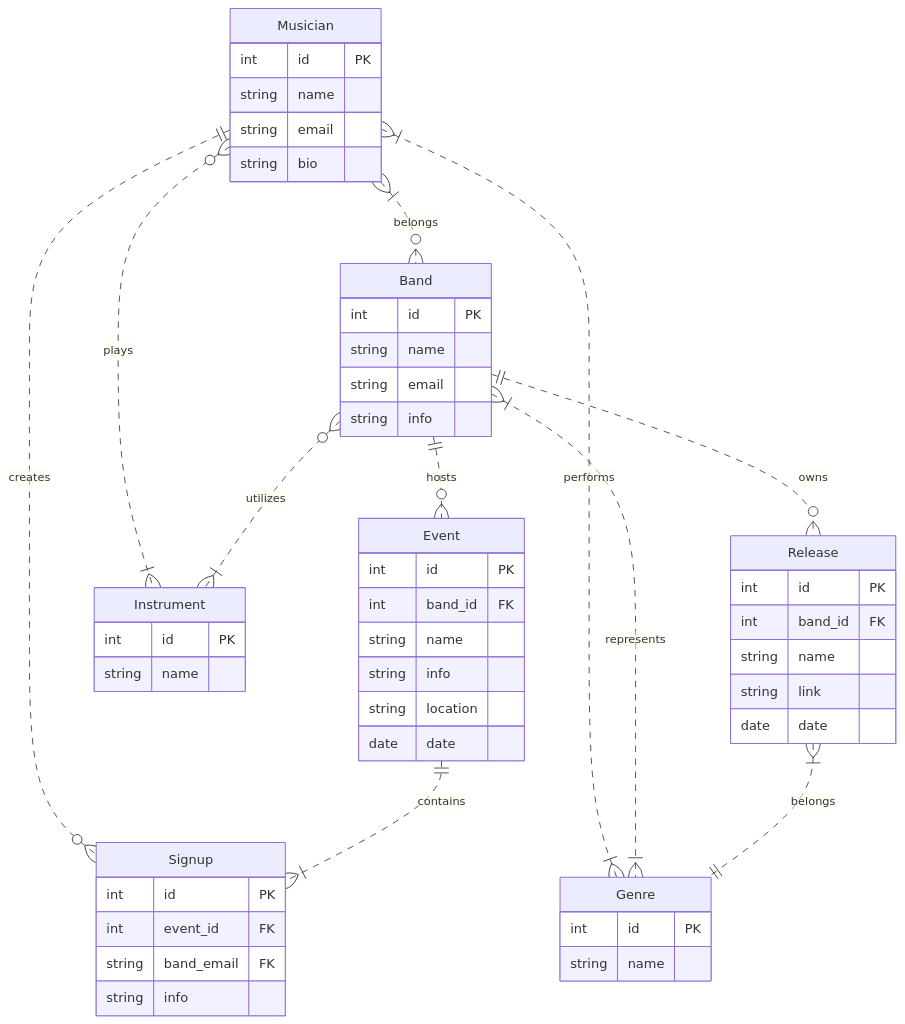
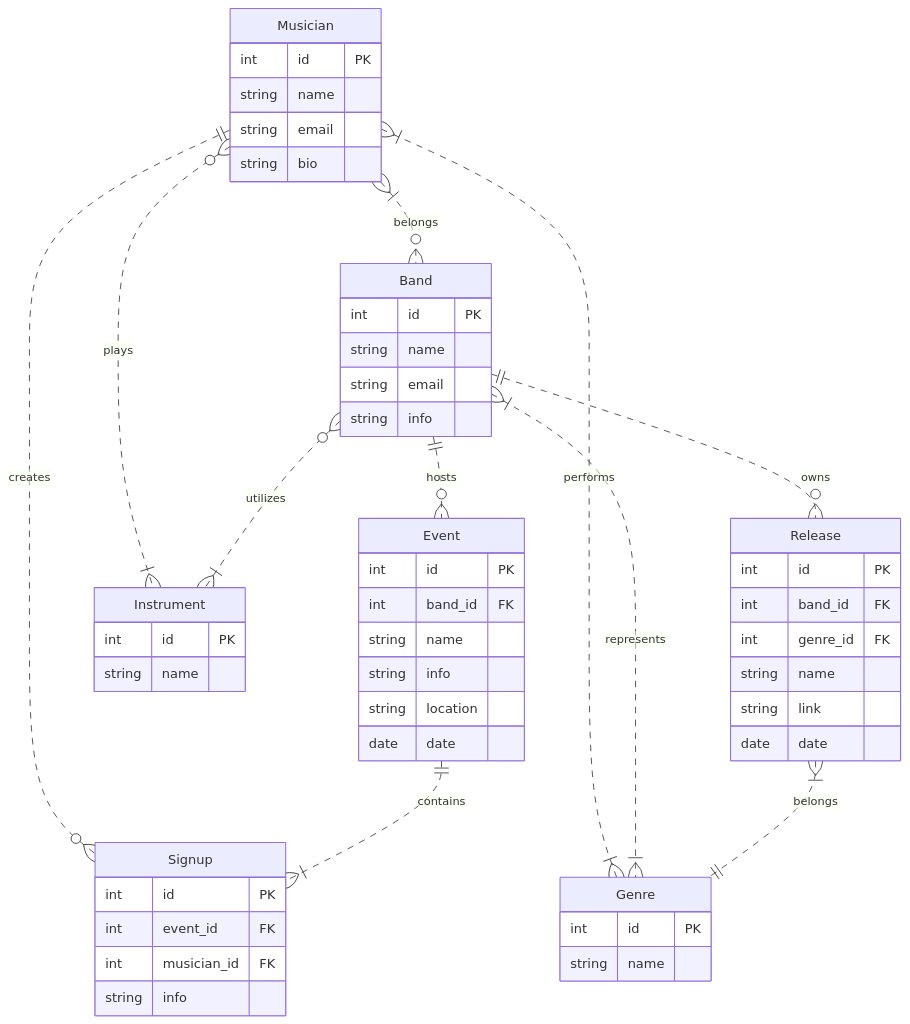
Before and after one commit to therealsunfl0wer/SMRA-labs: the diagram in 1-entity-relationship/erDiagram.mmd, drawn with Mermaid. The commit also changed 1 other file, not shown here.

Commit message:
align spec and diagram to the requirements - change string band_email to musician_id to pass 4NF - add genre_id to Release to pass spec requirements

```diff
--- a/1-entity-relationship/erDiagram.mmd
+++ b/1-entity-relationship/erDiagram.mmd
@@ -1,53 +1,54 @@
 erDiagram
     Musician {
         int id PK
         string name
         string email
         string bio
     }
     Band {
         int id PK
         string name
         string email
         string info
     }
     Event {
         int id PK
         int band_id FK
         string name
         string info
         string location
         date date
     }
     Instrument {
         int id PK
         string name
     }
     Signup {
         int id PK
         int event_id FK
-        string band_email FK
+        int musician_id FK
         string info
     }
     Release {
         int id PK
         int band_id FK
+        int genre_id FK
         string name
         string link
         date date
     }
     Genre {
         int id PK
         string name
     }
 
     Musician }|..o{ Band : belongs
     Musician }o..|{ Instrument : plays
     Musician ||..o{ Signup : creates 
     Musician }|..|{ Genre : performs
     Band ||..o{ Event : hosts
     Band }o..|{ Instrument : utilizes
     Band ||..o{ Release : owns
     Band }|..|{ Genre : represents
     Event ||..|{ Signup : contains
     Release }|..|| Genre : belongs
```
